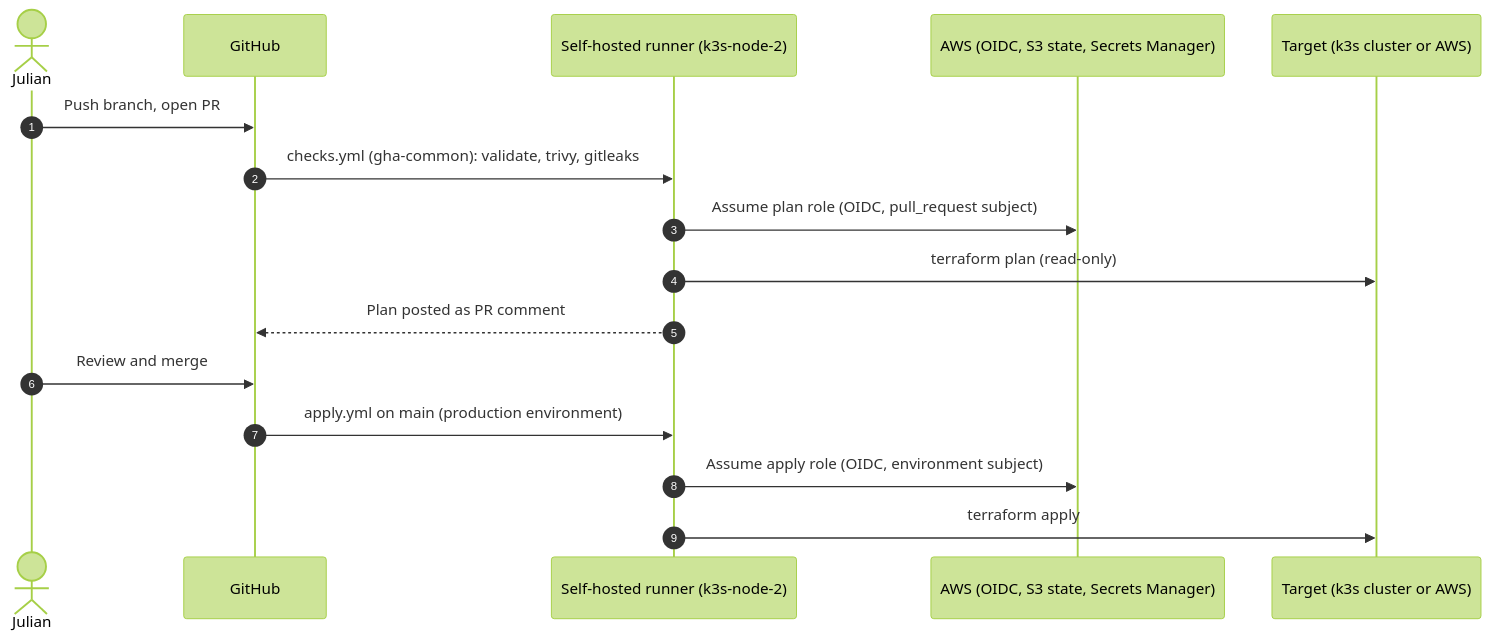
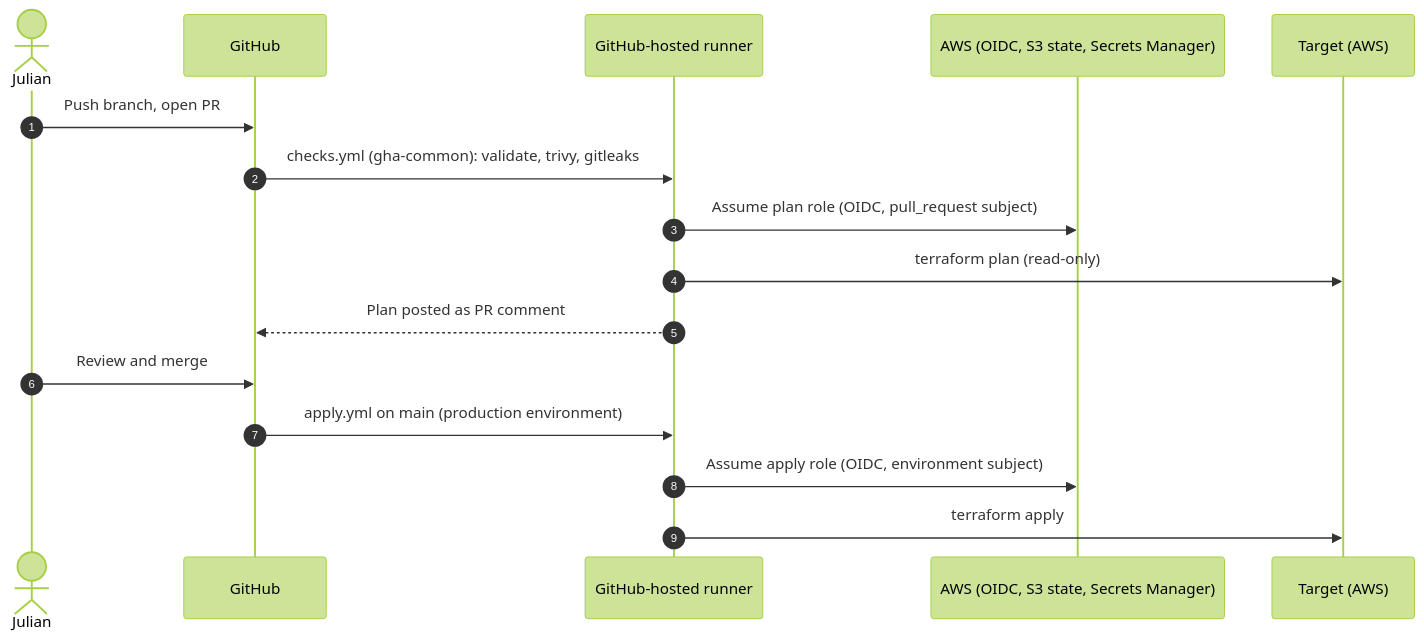
The first of 2 diagrams in docs/architecture/current/dynamic-ansible.md (KandlerLi/home-infra-docs), drawn with Mermaid (forest theme) before and after one commit. The commit also changed other lines of this file and 12 other files, not shown here.

First line of the commit message:
Docs: CI on GitHub-hosted runners, runner without dind, k3s agent token (#93)

````diff
--- a/docs/architecture/current/dynamic-ansible.md
+++ b/docs/architecture/current/dynamic-ansible.md
@@ -10,19 +14,19 @@
 ```mermaid
 sequenceDiagram
     autonumber
     actor J as Julian
     participant G as GitHub
-    participant R as Self-hosted runner (k3s-node-2)
+    participant R as GitHub-hosted runner
     participant A as AWS (OIDC, S3 state, Secrets Manager)
-    participant T as Target (k3s cluster or AWS)
+    participant T as Target (AWS)
 
     J->>G: Push branch, open PR
     G->>R: checks.yml (gha-common): validate, trivy, gitleaks
     R->>A: Assume plan role (OIDC, pull_request subject)
     R->>T: terraform plan (read-only)
     R-->>G: Plan posted as PR comment
     J->>G: Review and merge
     G->>R: apply.yml on main (production environment)
     R->>A: Assume apply role (OIDC, environment subject)
     R->>T: terraform apply
 ```
````
